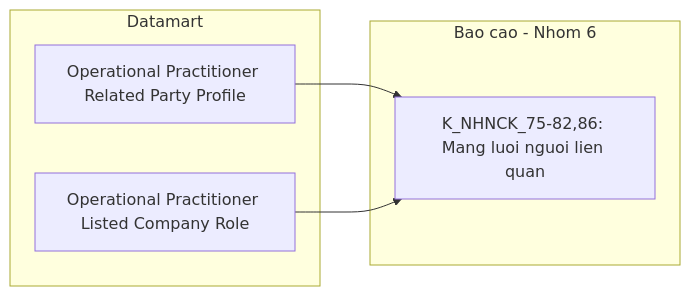
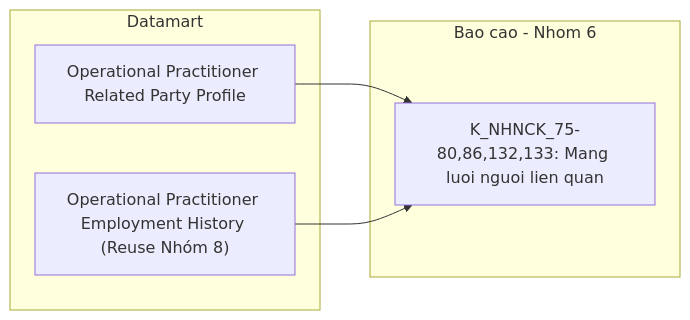
Diagram 25 of 39 in Datamart/hld/DTM_NHNCK_HLD.md (linhlvit/ubck_atomic_design), drawn with Mermaid before and after one commit. The commit also changed other lines of this file and 13 other files, not shown here.

````diff
--- a/Datamart/hld/DTM_NHNCK_HLD.md
+++ b/Datamart/hld/DTM_NHNCK_HLD.md
@@ -1125,12 +1129,12 @@
 ```mermaid
 flowchart LR
     subgraph Datamart["Datamart"]
         G1["Operational Practitioner Related Party Profile"]
-        G2["Operational Practitioner Listed Company Role"]
+        G2["Operational Practitioner Employment History (Reuse Nhóm 8)"]
     end
     subgraph RPT["Bao cao - Nhom 6"]
-        R1["K_NHNCK_75-82,86: Mang luoi nguoi lien quan"]
+        R1["K_NHNCK_75-80,86,132,133: Mang luoi nguoi lien quan"]
     end
     G1 --> R1
     G2 --> R1
 ```
````
